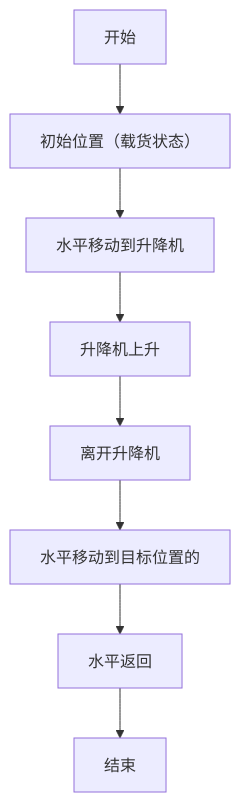
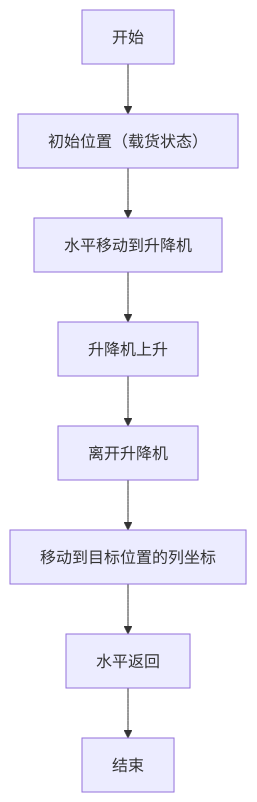
One commit to Mrmilu212/iodraw-files changed the diagram in all/未命名-1.md. Above: the diagram before and after it, drawn with Mermaid.

Commit message:
2025-05-20 14:51:23 update

````diff
--- a/all/未命名-1.md
+++ b/all/未命名-1.md
@@ -1,10 +1,10 @@
 ```mermaid
 graph TD
     A[开始] --> B[初始位置（载货状态）]
     B --> C[水平移动到升降机]
     C --> D[升降机上升]
     D --> E[离开升降机]
-    E --> F[水平移动到目标位置的]
+    E --> F[移动到目标位置的列坐标]
     F --> G[水平返回]
     G --> H[结束]
 ```
````
